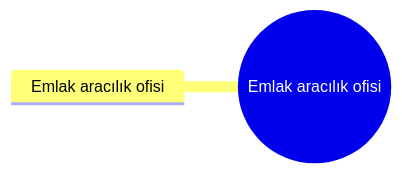
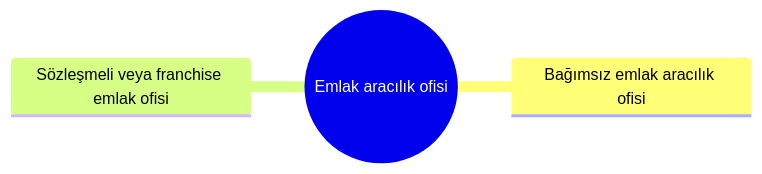
Before and after one commit to sametkarabulut-dev/xfuturepos-v2: the diagram in 02 İşletmeler/09 Emlak & Gayrimenkul/Emlak aracılık ofisi/Dal – Emlak aracılık ofisi.md, drawn with Mermaid. The commit also changed other lines of this file and 241 other files, not shown here.

````diff
--- a/02 İşletmeler/09 Emlak & Gayrimenkul/Emlak aracılık ofisi/Dal – Emlak aracılık ofisi.md
+++ b/02 İşletmeler/09 Emlak & Gayrimenkul/Emlak aracılık ofisi/Dal – Emlak aracılık ofisi.md
@@ -22,5 +23,6 @@
 ```mermaid
 mindmap
   root((Emlak aracılık ofisi))
-    Emlak aracılık ofisi
+    Bağımsız emlak aracılık ofisi
+    Sözleşmeli veya franchise emlak ofisi
 ```
````
